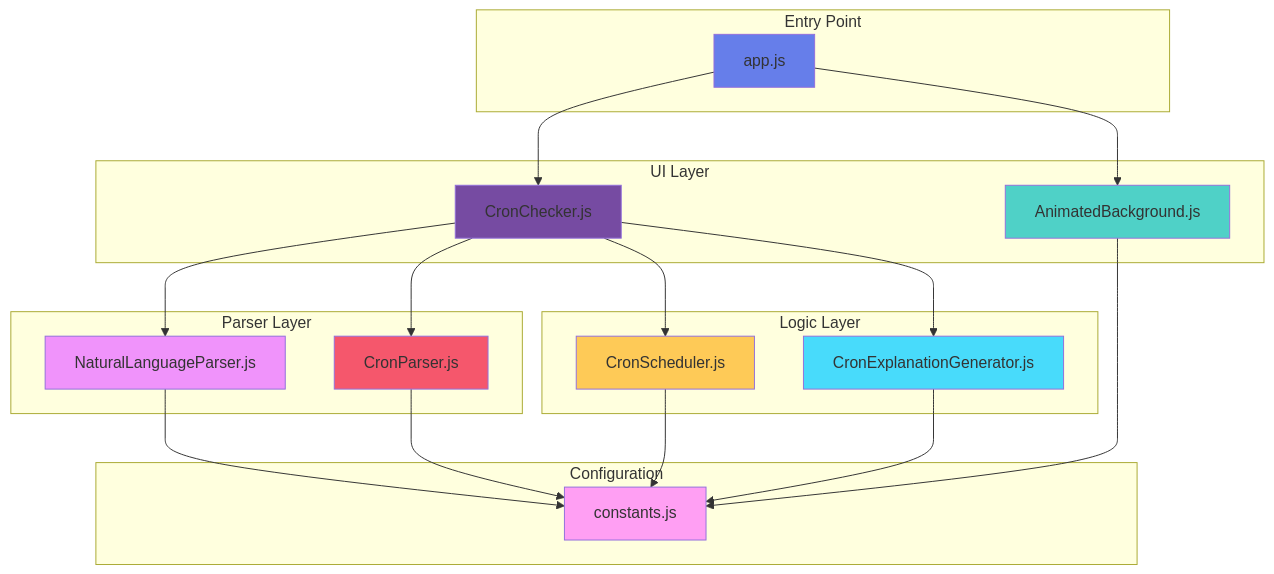
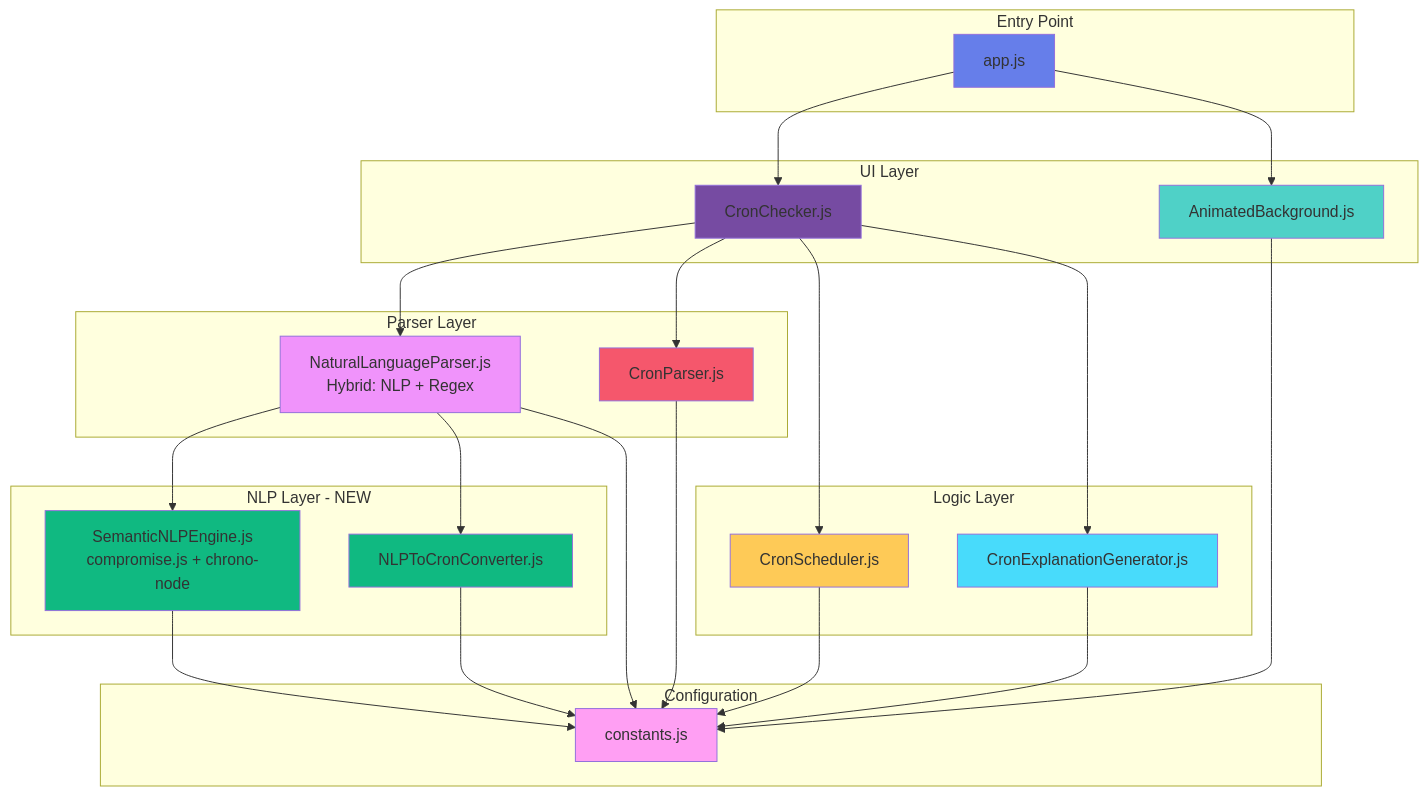
One commit to malekandrew/cronflow changed the first of 2 diagrams in README.md. Above: the diagram before and after it, drawn with Mermaid. The commit also changed other lines of this file and 12 other files, not shown here.

First line of the commit message:
feat(nlp): integrate compromise.js and chrono-node for advanced natural language parsing

`````diff
--- a/README.md
+++ b/README.md
@@ -81,46 +106,57 @@
 ```mermaid
 graph TB
     subgraph "Entry Point"
         A[app.js]
     end
     
     subgraph "UI Layer"
         B[CronChecker.js]
         C[AnimatedBackground.js]
     end
     
+    subgraph "NLP Layer - NEW"
+        D[SemanticNLPEngine.js<br/>compromise.js + chrono-node]
+        E[NLPToCronConverter.js]
+    end
+    
     subgraph "Parser Layer"
-        D[NaturalLanguageParser.js]
-        E[CronParser.js]
+        F[NaturalLanguageParser.js<br/>Hybrid: NLP + Regex]
+        G[CronParser.js]
     end
     
     subgraph "Logic Layer"
-        F[CronScheduler.js]
-        G[CronExplanationGenerator.js]
+        H[CronScheduler.js]
+        I[CronExplanationGenerator.js]
     end
     
     subgraph "Configuration"
-        H[constants.js]
+        J[constants.js]
     end
     
     A --> B
     A --> C
-    B --> D
-    B --> E
     B --> F
     B --> G
-    D --> H
-    E --> H
-    F --> H
-    G --> H
-    C --> H
+    B --> H
+    B --> I
+    F --> D
+    F --> E
+    D --> J
+    E --> J
+    F --> J
+    G --> J
+    H --> J
+    I --> J
+    C --> J
     
     style A fill:#667eea
     style B fill:#764ba2
     style C fill:#4fd1c7
-    style D fill:#f093fb
-    style E fill:#f5576c
-    style F fill:#feca57
-    style G fill:#48dbfb
-    style H fill:#ff9ff3
-```
+    style D fill:#10b981
+    style E fill:#10b981
+    style F fill:#f093fb
+    style G fill:#f5576c
+    style H fill:#feca57
+    style I fill:#48dbfb
+    style J fill:#ff9ff3
+````
`````
